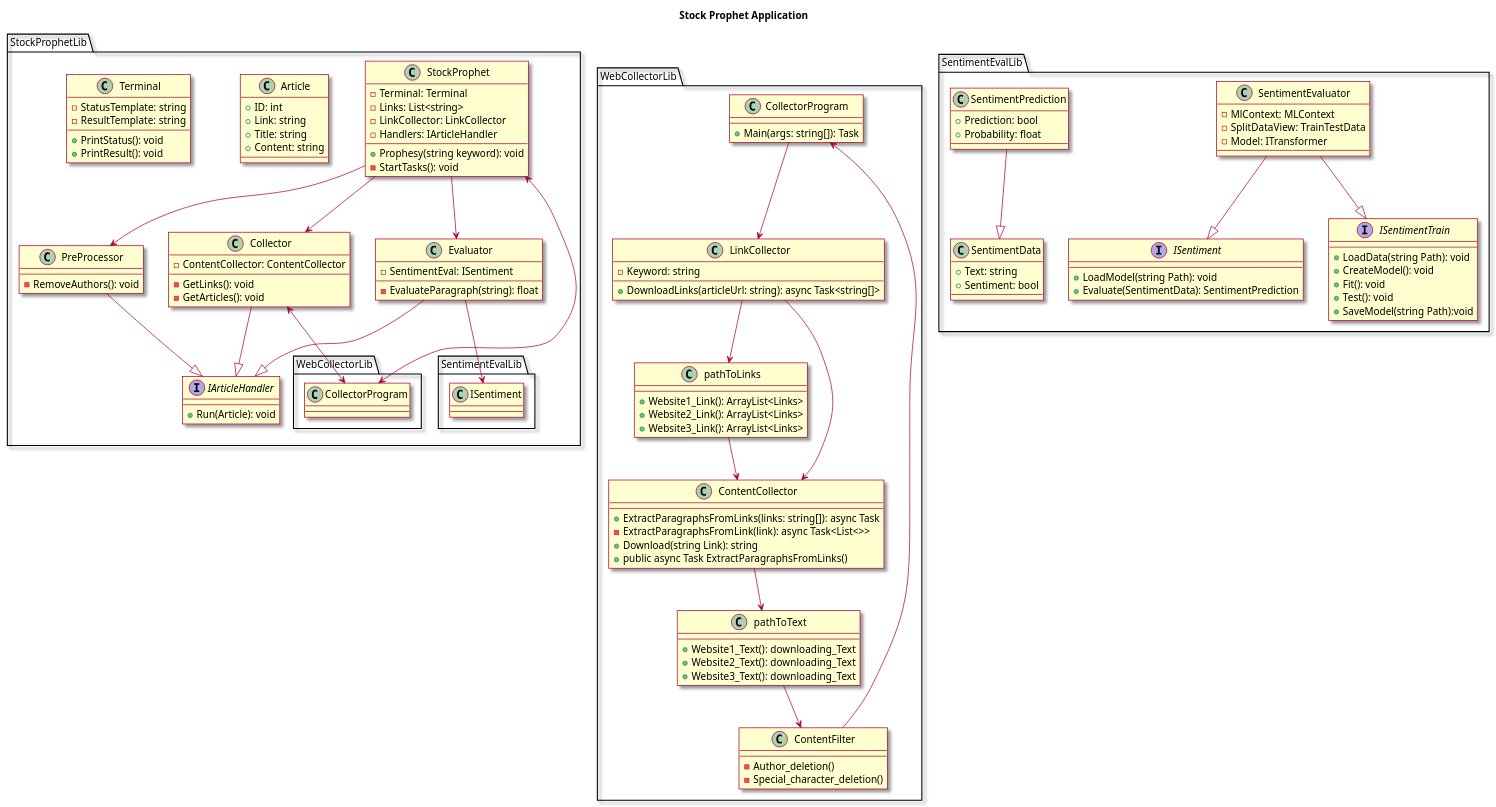
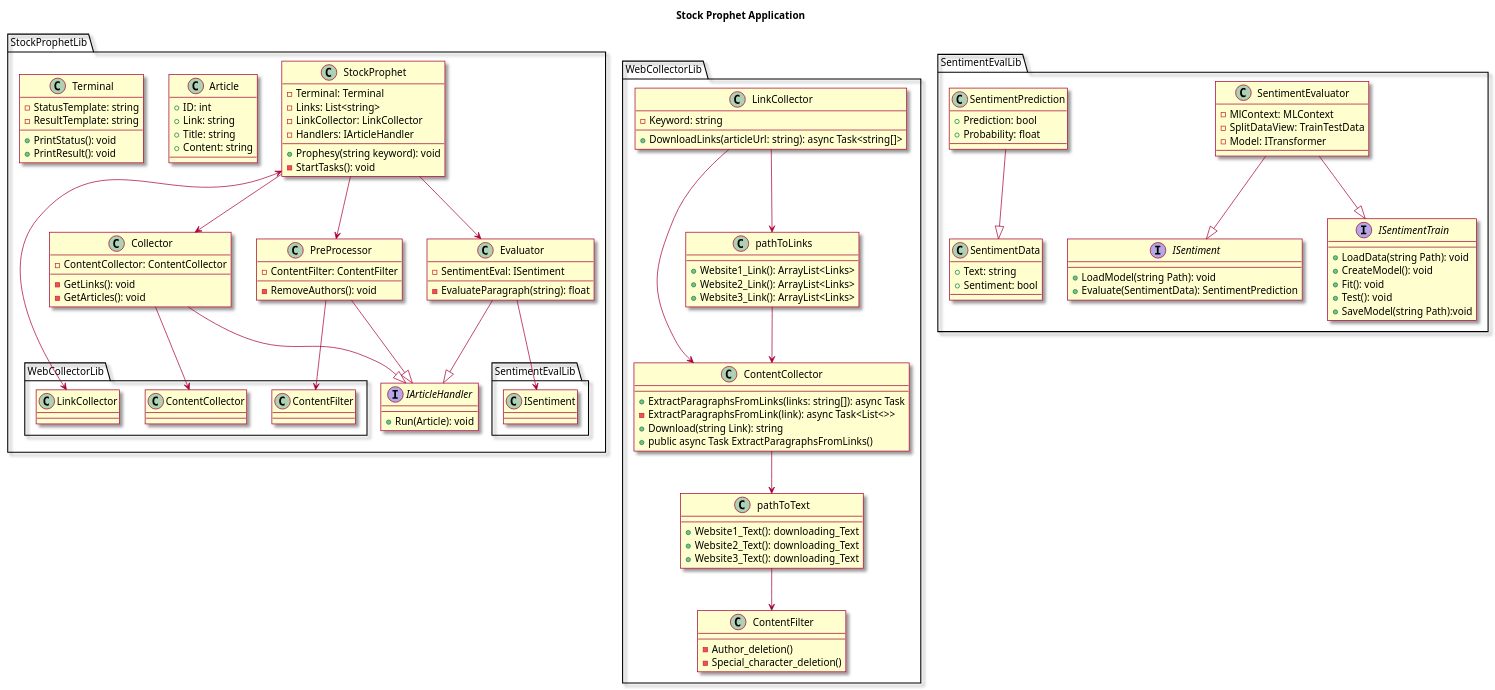
One commit to Ifi-Softwareentwicklung-SoSe2023/TUBAF_SE-Project_StockProphet changed the diagram in doc/classDiagram.plantuml. Above: the diagram before and after it, drawn with PlantUML.

Commit message:
Changes in WebCollectorLib

```diff
--- a/doc/classDiagram.plantuml
+++ b/doc/classDiagram.plantuml
@@ -1,156 +1,149 @@
 @startuml Project Model Class Diagram
 
 skin rose
 
 title Stock Prophet Application
 
 
 package StockProphetLib {
 
     class StockProphet {
         -Terminal: Terminal
         -Links: List<string>
         -LinkCollector: LinkCollector
         -Handlers: IArticleHandler
         +Prophesy(string keyword): void
         -StartTasks(): void
     }
-    StockProphet <--> WebCollectorLib.CollectorProgram
+    StockProphet <--> WebCollectorLib.LinkCollector
     StockProphet --> Collector
     StockProphet --> PreProcessor
     StockProphet --> Evaluator
     
 
     interface IArticleHandler {
         +Run(Article): void
     }
 
 
     class Collector {
         -ContentCollector: ContentCollector
         -GetLinks(): void
         -GetArticles(): void
     }
     Collector --|> IArticleHandler
-    Collector <--> WebCollectorLib.CollectorProgram
+    Collector --> WebCollectorLib.ContentCollector
     
 
     class PreProcessor {
         -RemoveAuthors(): void
+        -ContentFilter: ContentFilter
     }
     PreProcessor --|> IArticleHandler
-
+    PreProcessor --> WebCollectorLib.ContentFilter
 
     class Evaluator {
         -SentimentEval: ISentiment
         -EvaluateParagraph(string): float
     }
     Evaluator --|> IArticleHandler
     Evaluator --> SentimentEvalLib.ISentiment
 
 
     class Article {
         +ID: int
         +Link: string
         +Title: string
         +Content: string
     }
 
 
     class Terminal {
         -StatusTemplate: string
         +PrintStatus(): void
         -ResultTemplate: string
         +PrintResult(): void
     }
 }
 
 
 package WebCollectorLib 
 {
-    class CollectorProgram {
-        +Main(args: string[]): Task
-    }
-
-   
-
     class LinkCollector {
     
         -Keyword: string
         +DownloadLinks(articleUrl: string): async Task<string[]>
 
         
     }
 
     class ContentCollector {
         +ExtractParagraphsFromLinks(links: string[]): async Task
         -ExtractParagraphsFromLink(link): async Task<List<>>
         +Download(string Link): string
         +public async Task ExtractParagraphsFromLinks()
          
     }
     class pathToLinks {
         +Website1_Link(): ArrayList<Links>
         +Website2_Link(): ArrayList<Links>
         +Website3_Link(): ArrayList<Links>
     }
     
     class pathToText {
         +Website1_Text(): downloading_Text
         +Website2_Text(): downloading_Text
         +Website3_Text(): downloading_Text
     }
 
     class ContentFilter {
         -Author_deletion()
         -Special_character_deletion()
     }
     pathToText --> ContentFilter
-    ContentFilter --> CollectorProgram
-    CollectorProgram --> LinkCollector
+    
     
     pathToLinks --> ContentCollector
-
     LinkCollector --> ContentCollector
     LinkCollector --> pathToLinks
     ContentCollector --> pathToText
 
 }
 
 
 package SentimentEvalLib 
 {
     interface ISentiment {
         +LoadModel(string Path): void
         +Evaluate(SentimentData): SentimentPrediction
     }
 
     interface ISentimentTrain {
         +LoadData(string Path): void
         +CreateModel(): void
         +Fit(): void
         +Test(): void
         +SaveModel(string Path):void
     }
     
     class SentimentEvaluator {
         -MlContext: MLContext
         -SplitDataView: TrainTestData
         -Model: ITransformer
     }
     SentimentEvaluator --|> ISentiment
     SentimentEvaluator --|> ISentimentTrain
 
     class SentimentData {
         +Text: string
         +Sentiment: bool
     }
 
     class SentimentPrediction {
         +Prediction: bool
         +Probability: float
     }
     SentimentPrediction --|> SentimentData
 }
 
 @enduml
```
